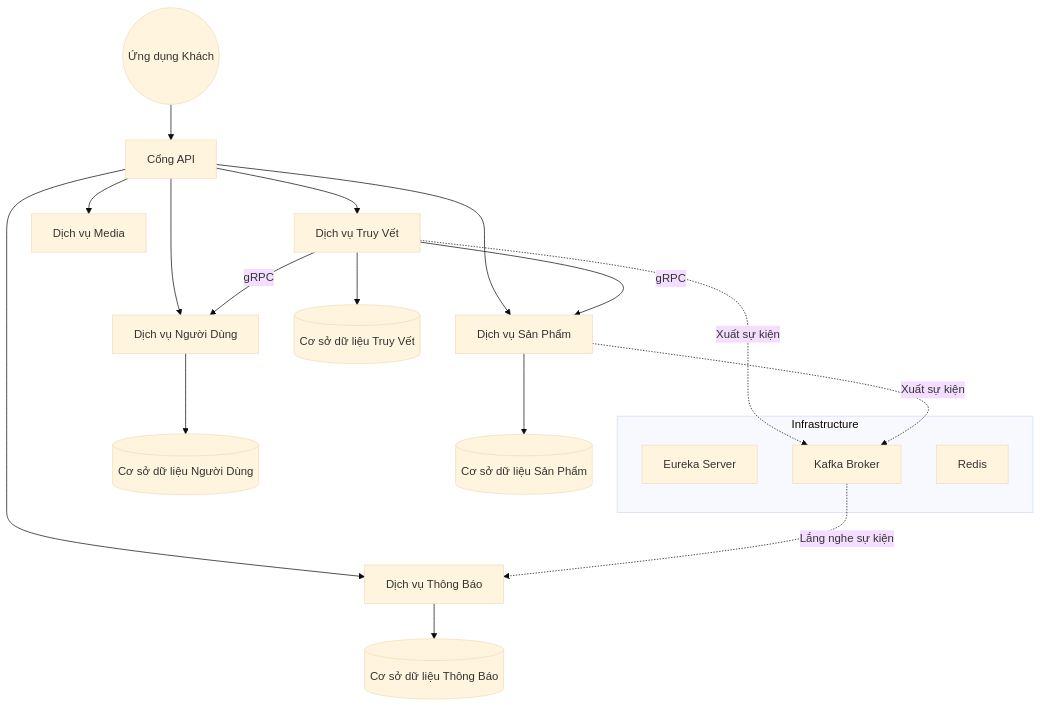
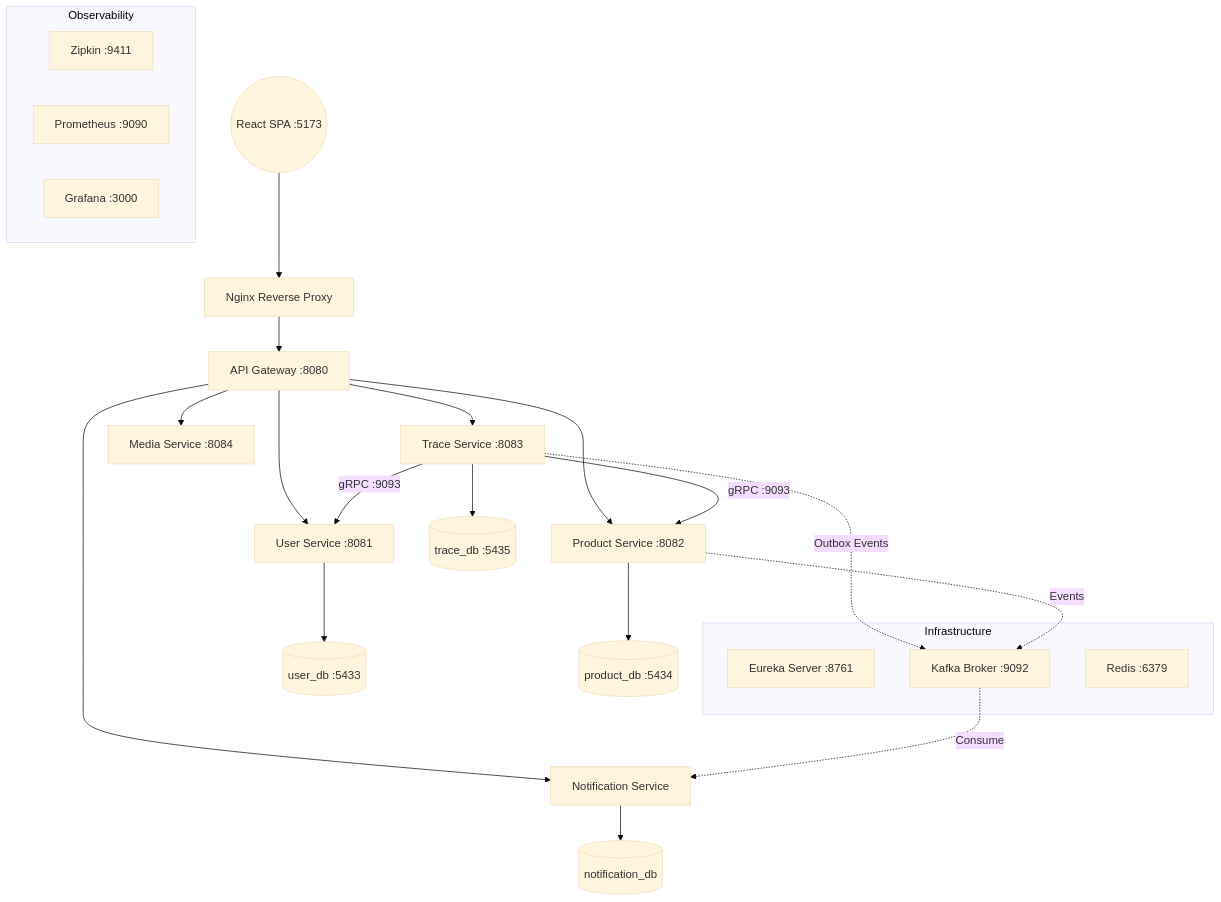
One commit to AcidTSB/AgriTraceChain changed the first of 2 diagrams in README.md. Above: the diagram before and after it, drawn with Mermaid (base theme). The commit also changed other lines of this file and 11 other files, not shown here.

Commit message:
feat: implement TraceLogService with ABAC and blockchain-style audit integrity for batch traceability

````diff
--- a/README.md
+++ b/README.md
@@ -72,28 +106,35 @@
 ```mermaid
 graph TD
-    Client((Ứng dụng Khách)) --> Gateway[Cổng API]
+    Client((React SPA :5173)) --> Nginx[Nginx Reverse Proxy]
+    Nginx --> Gateway[API Gateway :8080]
 
-    Gateway --> UserSvc[Dịch vụ Người Dùng]
-    Gateway --> ProductSvc[Dịch vụ Sản Phẩm]
-    Gateway --> TraceSvc[Dịch vụ Truy Vết]
-    Gateway --> MediaSvc[Dịch vụ Media]
-    Gateway --> NotiSvc[Dịch vụ Thông Báo]
+    Gateway --> UserSvc[User Service :8081]
+    Gateway --> ProductSvc[Product Service :8082]
+    Gateway --> TraceSvc[Trace Service :8083]
+    Gateway --> MediaSvc[Media Service :8084]
+    Gateway --> NotiSvc[Notification Service]
 
     subgraph Infrastructure
-        Eureka[Eureka Server]
-        Kafka[Kafka Broker]
-        Redis[Redis]
+        Eureka[Eureka Server :8761]
+        Kafka[Kafka Broker :9092]
+        Redis[Redis :6379]
     end
 
-    UserSvc --> UserDB[(Cơ sở dữ liệu Người Dùng)]
-    ProductSvc --> ProductDB[(Cơ sở dữ liệu Sản Phẩm)]
-    TraceSvc --> TraceDB[(Cơ sở dữ liệu Truy Vết)]
-    NotiSvc --> NotiDB[(Cơ sở dữ liệu Thông Báo)]
+    subgraph Observability
+        Zipkin[Zipkin :9411]
+        Prometheus[Prometheus :9090]
+        Grafana[Grafana :3000]
+    end
 
-    TraceSvc -->|gRPC| UserSvc
-    TraceSvc -->|gRPC| ProductSvc
+    UserSvc --> UserDB[(user_db :5433)]
+    ProductSvc --> ProductDB[(product_db :5434)]
+    TraceSvc --> TraceDB[(trace_db :5435)]
+    NotiSvc --> NotiDB[(notification_db)]
 
-    TraceSvc -. Xuất sự kiện .-> Kafka
-    ProductSvc -. Xuất sự kiện .-> Kafka
-    Kafka -. Lắng nghe sự kiện .-> NotiSvc
+    TraceSvc -->|gRPC :9093| UserSvc
+    TraceSvc -->|gRPC :9093| ProductSvc
+
+    TraceSvc -. Outbox Events .-> Kafka
+    ProductSvc -. Events .-> Kafka
+    Kafka -. Consume .-> NotiSvc
 ```
````
